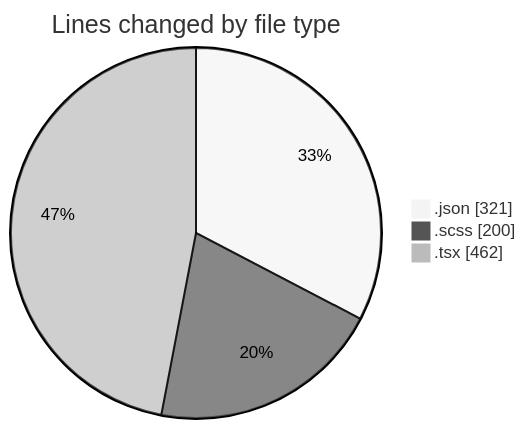
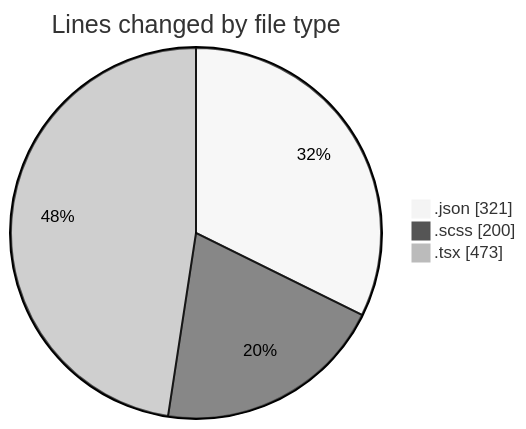
One commit to momahboobian/code-tracking changed the first of 2 diagrams in 2026-04-20/cda/README.md. Above: the diagram before and after it, drawn with Mermaid (neutral theme). The commit also changed other lines of this file and 1 other file, not shown here.

````diff
--- a/2026-04-20/cda/README.md
+++ b/2026-04-20/cda/README.md
@@ -26,7 +26,7 @@
 ```mermaid
 pie showData
 title Lines changed by file type
 ".json" : 321
 ".scss" : 200
-".tsx" : 462
+".tsx" : 473
 ```
````
